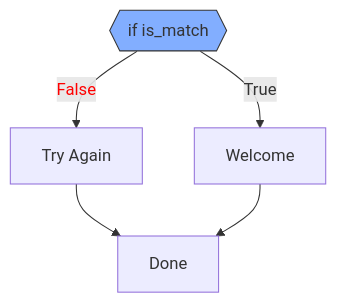
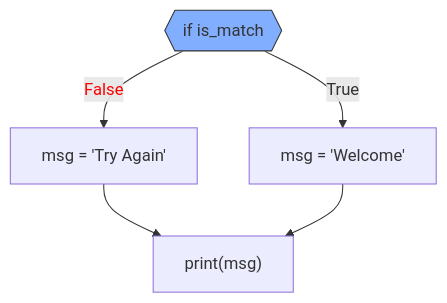
The fifth of 9 diagrams in book/chapters/00_rewrite/02_control_flow.qmd (hanoufalmogri/python), drawn with Mermaid before and after one commit. The commit also changed other lines of this file, not shown here.

Commit message:
improve the if-else example

````diff
--- a/book/chapters/00_rewrite/02_control_flow.qmd
+++ b/book/chapters/00_rewrite/02_control_flow.qmd
@@ -223,11 +223,11 @@
 ```{mermaid}
 flowchart TD
     IF{{if is_match}}
-    IF -- False --> D[Try Again]
-    IF -- True --> C[Welcome]
-    D --> E[Done]
-    C --> E[Done]
+    IF -- False --> D["msg = 'Try Again'"]
+    IF -- True --> C["msg = 'Welcome'"]
+    D --> E["print(msg)"]
+    C --> E["print(msg)"]
 
     style IF fill:#82aeff, stroke:#333;
     linkStyle 0 color:red;
 ```
````
